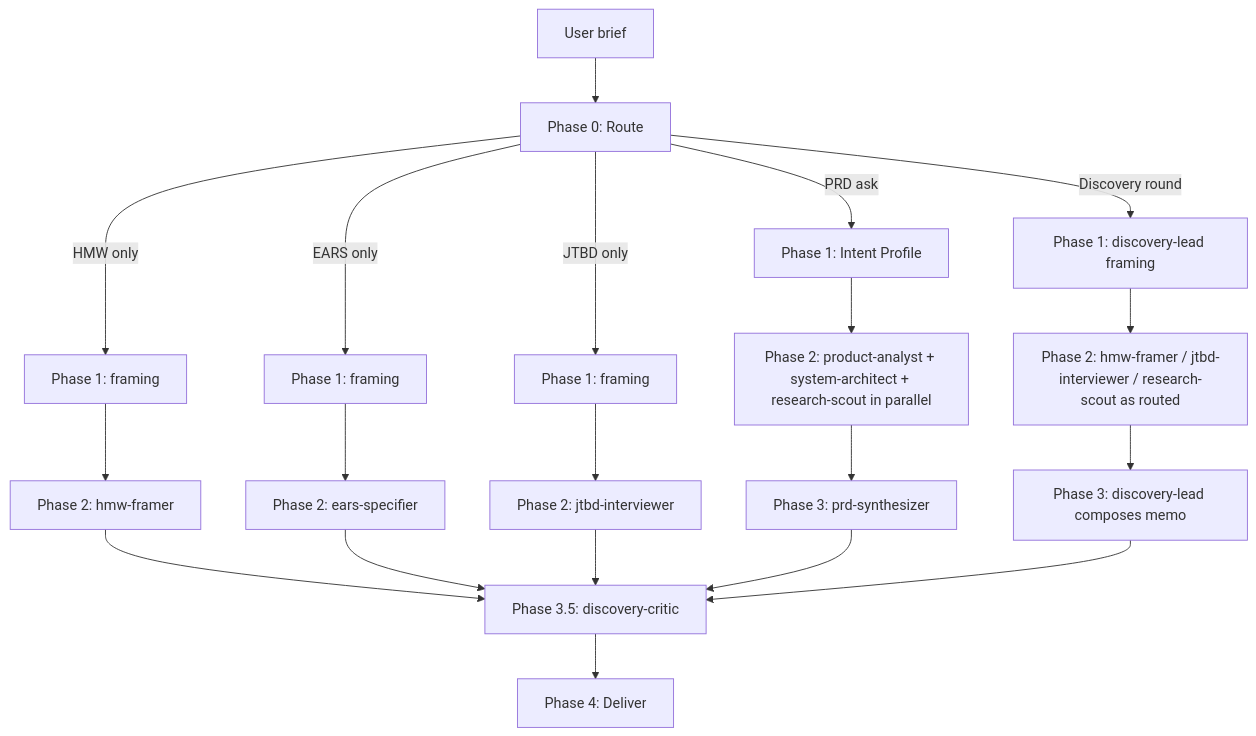
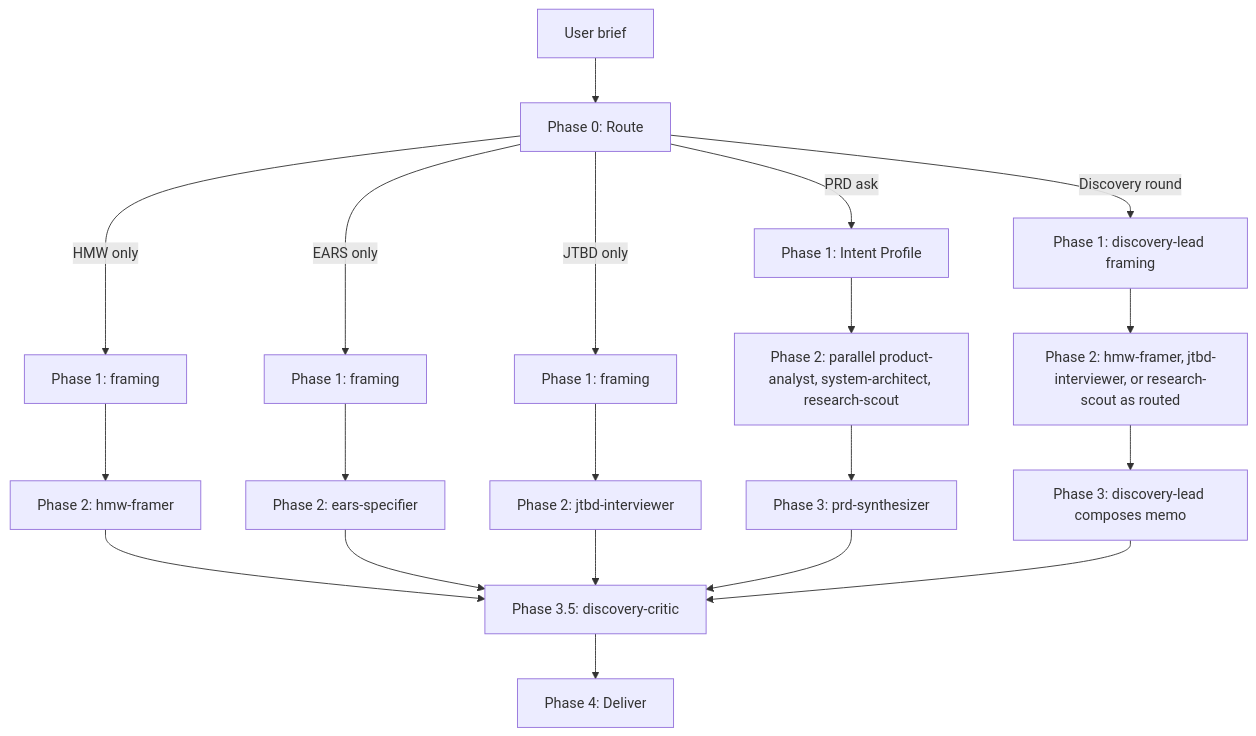
Before and after one commit to theagenticguy/erpaval: the diagram in kiro/skills/product-discovery/SKILL.md, drawn with Mermaid. The commit also changed other lines of this file and 2 other files, not shown here.

First line of the commit message:
docs: prose-check rewrite of KIRO-COMPATIBILITY, flow, product-discovery SKILL (#2)

````diff
--- a/kiro/skills/product-discovery/SKILL.md
+++ b/kiro/skills/product-discovery/SKILL.md
@@ -60,25 +70,25 @@
 ```mermaid
 flowchart TD
   A[User brief] --> B[Phase 0: Route]
   B -->|PRD ask| P1[Phase 1: Intent Profile]
   B -->|Discovery round| D1[Phase 1: discovery-lead framing]
   B -->|HMW only| H1[Phase 1: framing]
   B -->|EARS only| E1[Phase 1: framing]
   B -->|JTBD only| J1[Phase 1: framing]
 
-  P1 --> P2[Phase 2: product-analyst + system-architect + research-scout in parallel]
-  D1 --> D2[Phase 2: hmw-framer / jtbd-interviewer / research-scout as routed]
+  P1 --> P2[Phase 2: parallel product-analyst, system-architect, research-scout]
+  D1 --> D2[Phase 2: hmw-framer, jtbd-interviewer, or research-scout as routed]
   H1 --> H2[Phase 2: hmw-framer]
   E1 --> E2[Phase 2: ears-specifier]
   J1 --> J2[Phase 2: jtbd-interviewer]
 
   P2 --> P3[Phase 3: prd-synthesizer]
   D2 --> D3[Phase 3: discovery-lead composes memo]
   H2 --> P35
   E2 --> P35
   J2 --> P35
   P3 --> P35
   D3 --> P35
 
   P35[Phase 3.5: discovery-critic] --> P4[Phase 4: Deliver]
 ```
````
